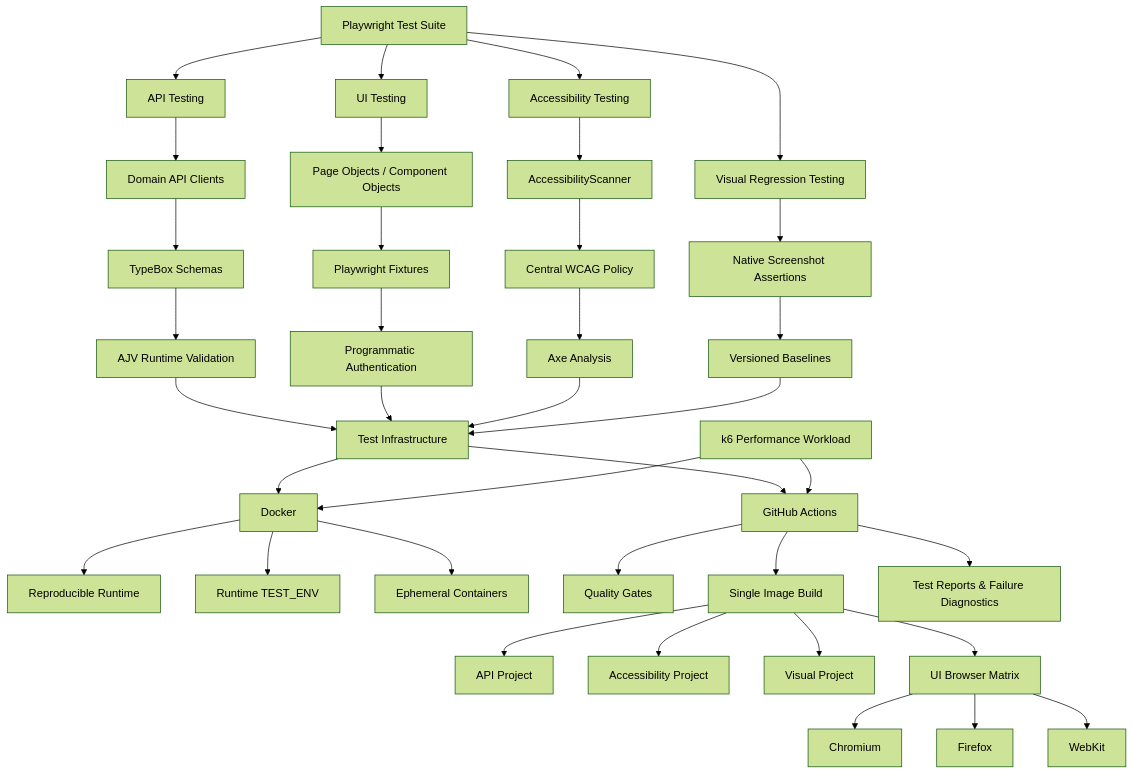
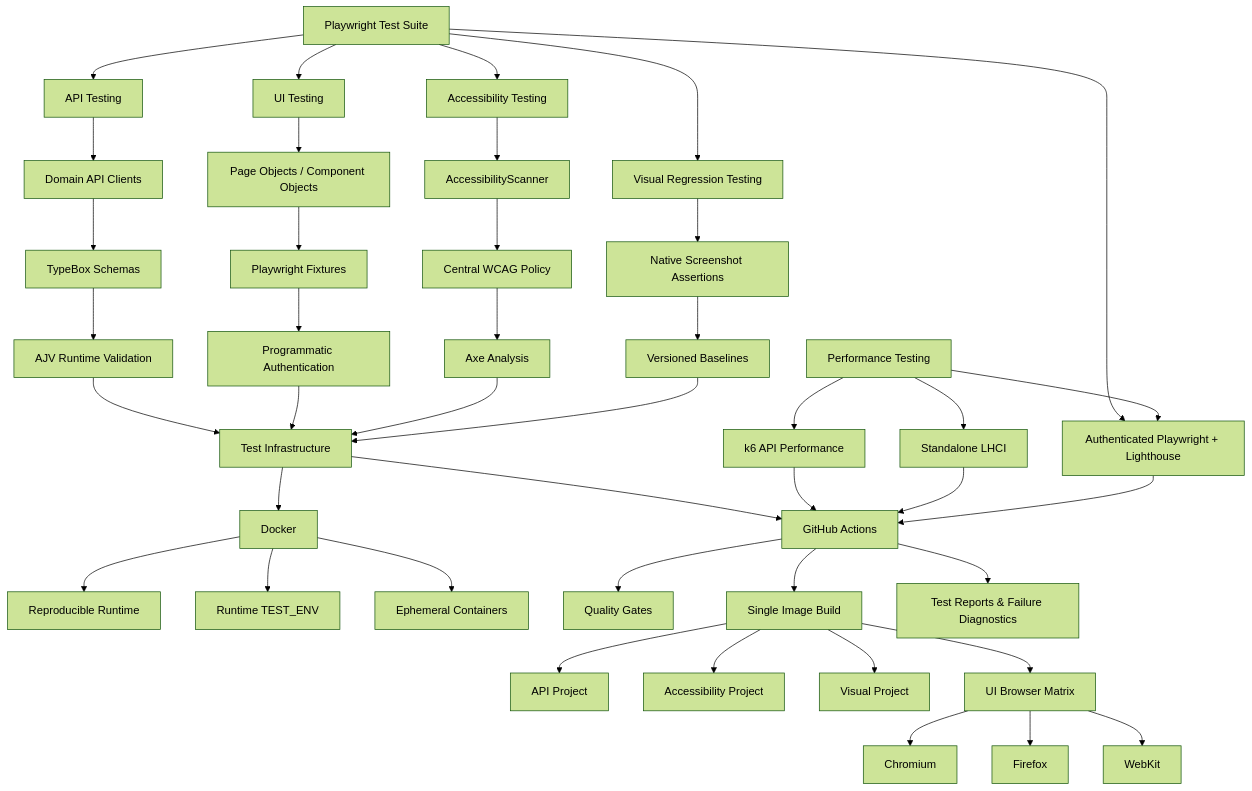
Before and after one commit to szabihudak/szabihudak-template-SDET-framework: the diagram in README.md, drawn with Mermaid (forest theme). The commit also changed other lines of this file, not shown here.

Commit message:
docs: complete Lighthouse performance documentation

````diff
--- a/README.md
+++ b/README.md
@@ -36,53 +36,62 @@
 ```mermaid
 flowchart TD
     A[Playwright Test Suite]
-    PERF[k6 Performance Workload]
+    PERF[Performance Testing]
+    K6[k6 API Performance]
+    LHCI[Standalone LHCI]
+    AUTHL[Authenticated Playwright + Lighthouse]
 
     A --> B[API Testing]
     A --> C[UI Testing]
     A --> D[Accessibility Testing]
     A --> E[Visual Regression Testing]
+    A --> AUTHL
+
+    PERF --> K6
+    PERF --> LHCI
+    PERF --> AUTHL
 
     B --> F[Domain API Clients]
     F --> G[TypeBox Schemas]
     G --> H[AJV Runtime Validation]
 
     C --> I[Page Objects / Component Objects]
     I --> J[Playwright Fixtures]
     J --> K[Programmatic Authentication]
 
     D --> L[AccessibilityScanner]
     L --> M[Central WCAG Policy]
     M --> N[Axe Analysis]
 
     E --> O[Native Screenshot Assertions]
     O --> P[Versioned Baselines]
 
     H --> Q[Test Infrastructure]
     K --> Q
     N --> Q
     P --> Q
 
     Q --> R[Docker]
     Q --> S[GitHub Actions]
 
-    PERF --> R
-    PERF --> S
+    K6 --> S
+    LHCI --> S
+    AUTHL --> S
 
     R --> T[Reproducible Runtime]
     R --> U[Runtime TEST_ENV]
     R --> V[Ephemeral Containers]
 
     S --> W[Quality Gates]
     S --> X[Single Image Build]
     X --> Y[API Project]
     X --> Z[Accessibility Project]
     X --> AA[Visual Project]
     X --> AB[UI Browser Matrix]
 
     AB --> AC[Chromium]
     AB --> AD[Firefox]
     AB --> AE[WebKit]
 
     S --> AF[Test Reports & Failure Diagnostics]
 ```
````
